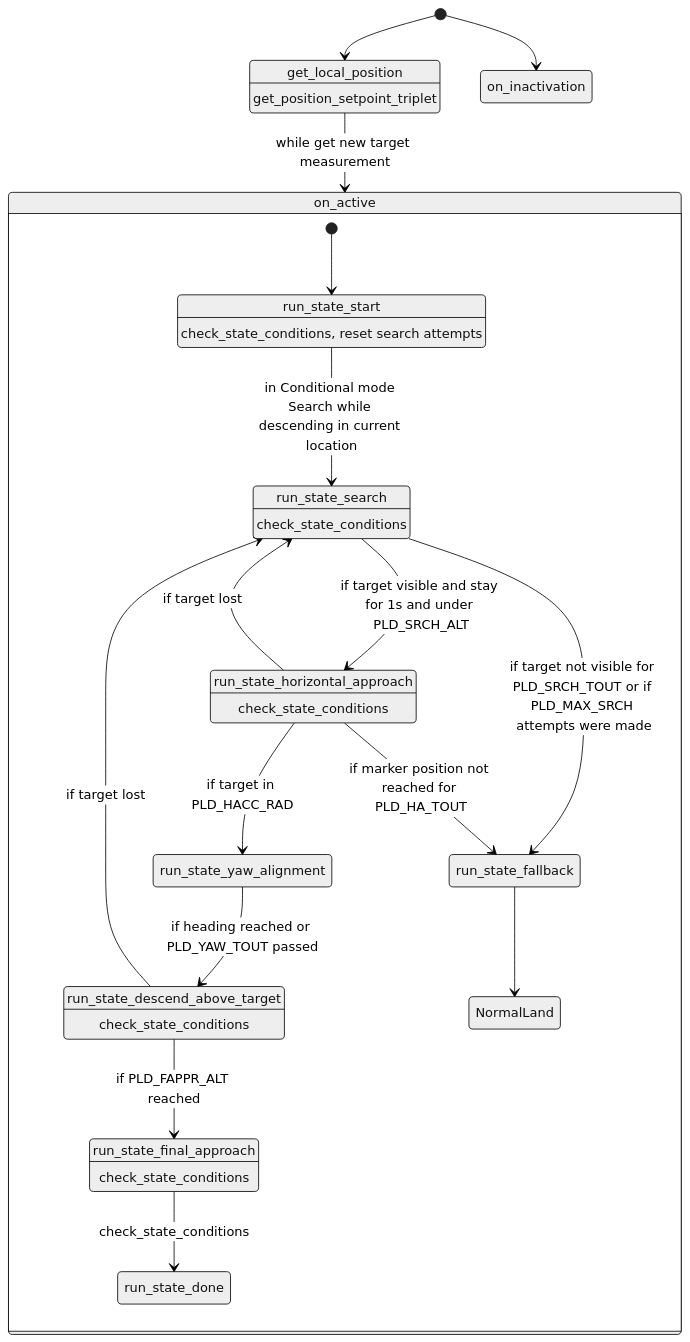
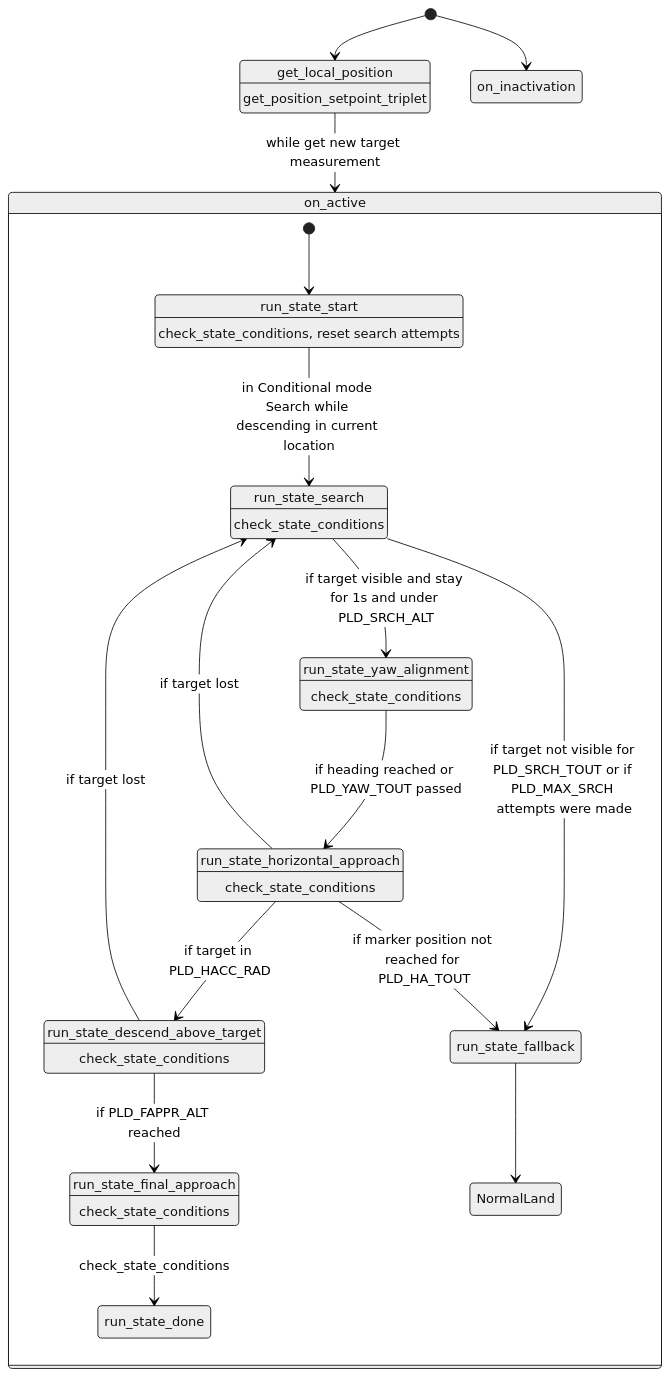
One commit to coccobas/DocuConversionNotion changed the diagram in source/precland/precland_state_machine.mmd. Above: the diagram before and after it, drawn with Mermaid (neutral theme).

Commit message:
update precland state machine

```diff
--- a/source/precland/precland_state_machine.mmd
+++ b/source/precland/precland_state_machine.mmd
@@ -1,55 +1,56 @@
 stateDiagram-v2
 
      [*] --> on_activation
      [*] --> on_inactivation
 
      on_activation: get_local_position
      on_activation: get_position_setpoint_triplet
 
      on_activation --> on_active : while get new target measurement
 
 
      State on_active {
 
         [*] --> start
         State start
             start: run_state_start
         State HorizontalApproach
             HorizontalApproach: run_state_horizontal_approach
         State DescendAboveTarget
             DescendAboveTarget: run_state_descend_above_target
         State FinalApproach
             FinalApproach: run_state_final_approach
         State Search
             Search: run_state_search
         State Fallback
             Fallback: run_state_fallback
         State YawAlignment
             YawAlignment: run_state_yaw_alignment
         State Done
             Done: run_state_done
 
         start : check_state_conditions, reset search attempts
 
         start --> Search: in Conditional mode Search while descending in current location
-        Search --> HorizontalApproach: if target visible and stay for 1s and under PLD_SRCH_ALT
+        Search --> YawAlignment: if target visible and stay for 1s and under PLD_SRCH_ALT
         Search --> Fallback: if target not visible for PLD_SRCH_TOUT or if PLD_MAX_SRCH attempts were made
 
         Search: check_state_conditions
         HorizontalApproach : check_state_conditions
         DescendAboveTarget: check_state_conditions
         FinalApproach: check_state_conditions
+        YawAlignment: check_state_conditions
 
-        HorizontalApproach --> YawAlignment: if target in PLD_HACC_RAD
+        HorizontalApproach --> DescendAboveTarget: if target in PLD_HACC_RAD
         HorizontalApproach --> Fallback: if marker position not reached for PLD_HA_TOUT
         HorizontalApproach --> Search : if target lost
 
-        YawAlignment --> DescendAboveTarget: if heading reached or PLD_YAW_TOUT passed
+        YawAlignment --> HorizontalApproach: if heading reached or PLD_YAW_TOUT passed
 
         DescendAboveTarget --> FinalApproach : if PLD_FAPPR_ALT reached
         DescendAboveTarget --> Search: if target lost
         FinalApproach --> Done : check_state_conditions
 
         Fallback --> NormalLand
 
         }
```
